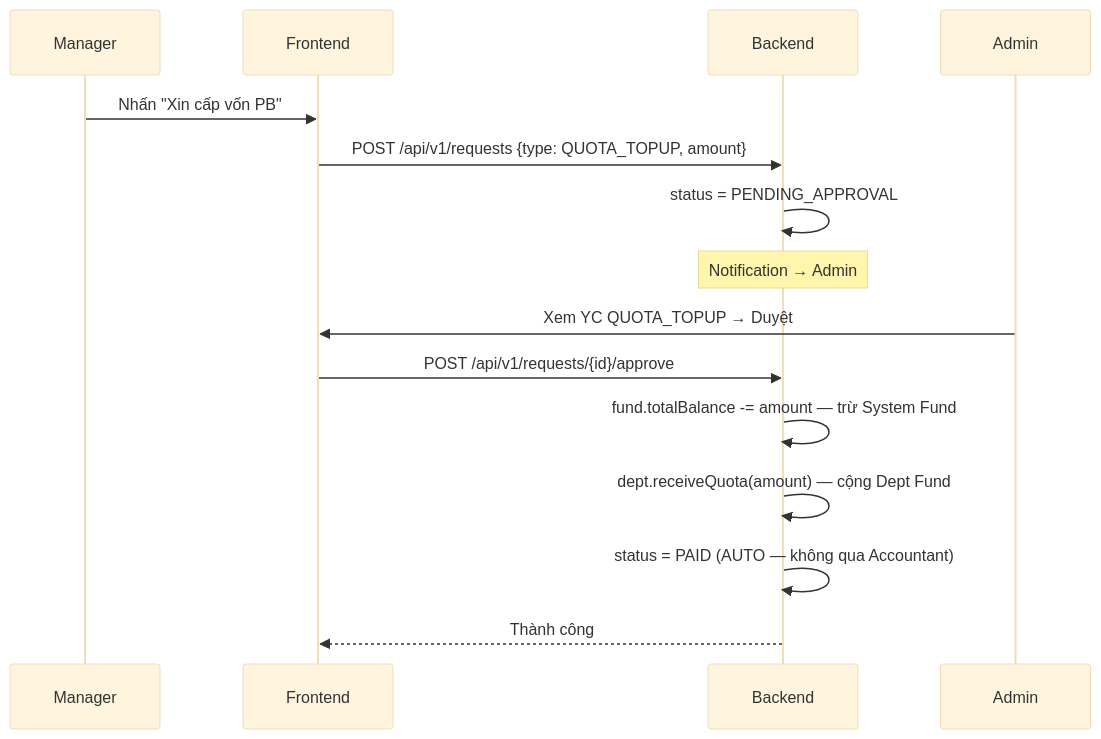
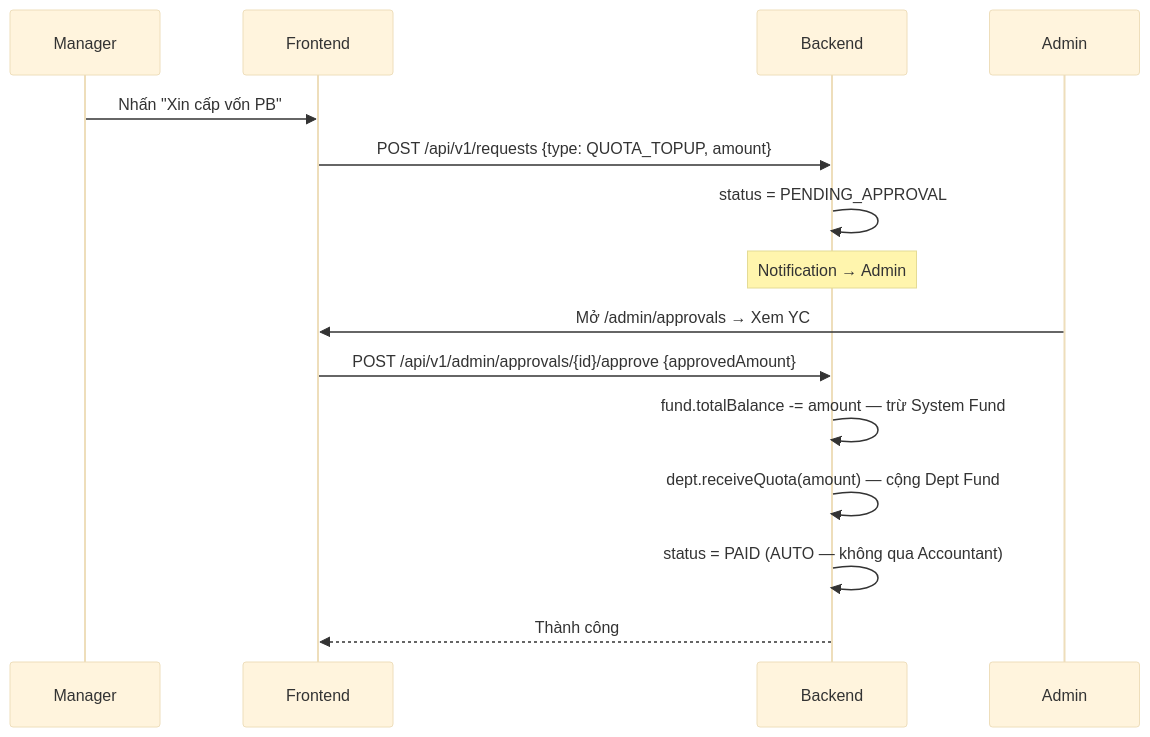
One commit to Quoosc/INTERNAL_FINANCIAL_CASHFLOW_MANAGEMENT_SYSTEM_USING_INTERNAL_WALLET_MODEL_FRONTEND changed the fourth of 5 diagrams in docs/FLOW.md. Above: the diagram before and after it, drawn with Mermaid (base theme). The commit also changed other lines of this file and 1 other file, not shown here.

Commit message:
docs: rewrite API contract and flow documentation

````diff
--- a/docs/FLOW.md
+++ b/docs/FLOW.md
@@ -143,19 +166,19 @@
 ```mermaid
 sequenceDiagram
     participant MGR as Manager
     participant FE as Frontend
     participant BE as Backend
     participant ADM as Admin
 
     MGR->>FE: Nhấn "Xin cấp vốn PB"
     FE->>BE: POST /api/v1/requests {type: QUOTA_TOPUP, amount}
     BE->>BE: status = PENDING_APPROVAL
     Note over BE: Notification → Admin
 
-    ADM->>FE: Xem YC QUOTA_TOPUP → Duyệt
-    FE->>BE: POST /api/v1/requests/{id}/approve
+    ADM->>FE: Mở /admin/approvals → Xem YC
+    FE->>BE: POST /api/v1/admin/approvals/{id}/approve {approvedAmount}
     BE->>BE: fund.totalBalance -= amount — trừ System Fund
     BE->>BE: dept.receiveQuota(amount) — cộng Dept Fund
     BE->>BE: status = PAID (AUTO — không qua Accountant)
     BE-->>FE: Thành công
 ```
````
